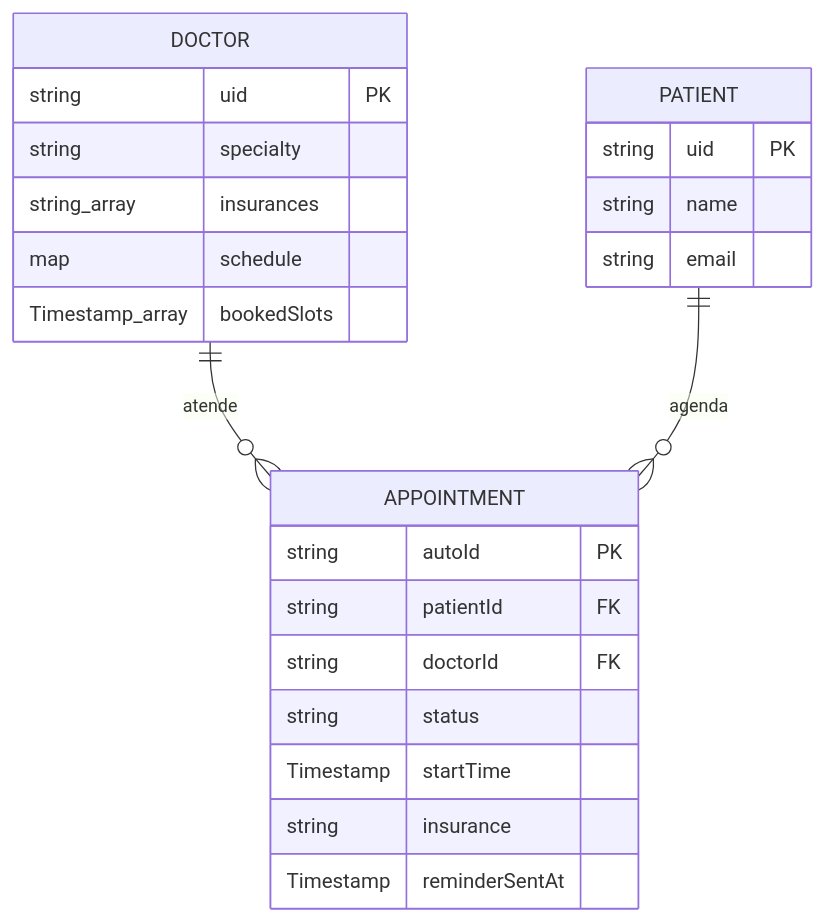
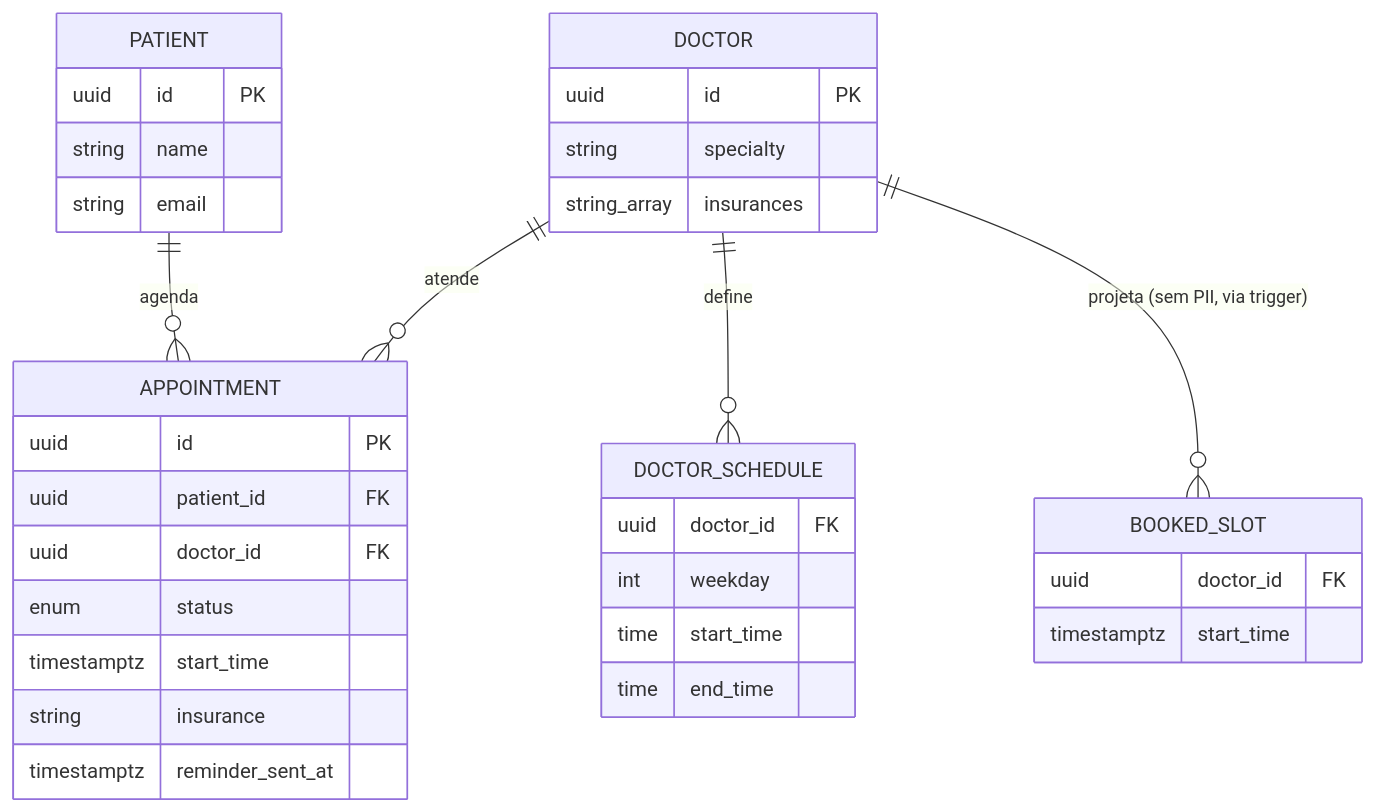
The third of 3 diagrams in _bmad-output/planning-artifacts/architecture/architecture-AgendaMedica-2026-09-17/ARCHITECTURE-SPINE.md (mauriciomayer/AgendaMedica), drawn with Mermaid before and after one commit. The commit also changed other lines of this file and 5 other files, not shown here.

````diff
--- a/_bmad-output/planning-artifacts/architecture/architecture-AgendaMedica-2026-09-17/ARCHITECTURE-SPINE.md
+++ b/_bmad-output/planning-artifacts/architecture/architecture-AgendaMedica-2026-09-17/ARCHITECTURE-SPINE.md
@@ -162,26 +164,36 @@
 ```mermaid
 erDiagram
   DOCTOR ||--o{ APPOINTMENT : "atende"
   PATIENT ||--o{ APPOINTMENT : "agenda"
+  DOCTOR ||--o{ DOCTOR_SCHEDULE : "define"
+  DOCTOR ||--o{ BOOKED_SLOT : "projeta (sem PII, via trigger)"
   DOCTOR {
-    string uid PK
+    uuid id PK
     string specialty
     string_array insurances
-    map schedule
-    Timestamp_array bookedSlots
+  }
+  DOCTOR_SCHEDULE {
+    uuid doctor_id FK
+    int weekday
+    time start_time
+    time end_time
+  }
+  BOOKED_SLOT {
+    uuid doctor_id FK
+    timestamptz start_time
   }
   PATIENT {
-    string uid PK
+    uuid id PK
     string name
     string email
   }
   APPOINTMENT {
-    string autoId PK
-    string patientId FK
-    string doctorId FK
-    string status
-    Timestamp startTime
+    uuid id PK
+    uuid patient_id FK
+    uuid doctor_id FK
+    enum status
+    timestamptz start_time
     string insurance
-    Timestamp reminderSentAt
+    timestamptz reminder_sent_at
   }
 ```
````
